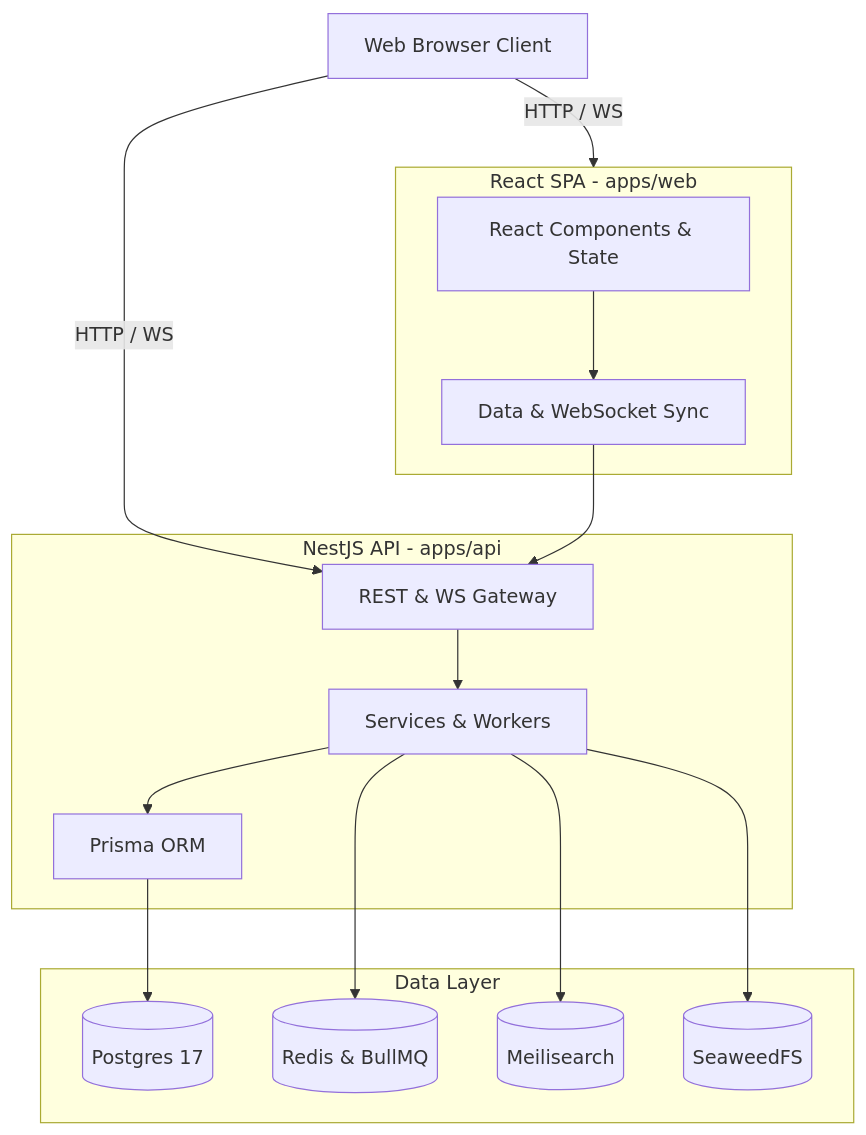
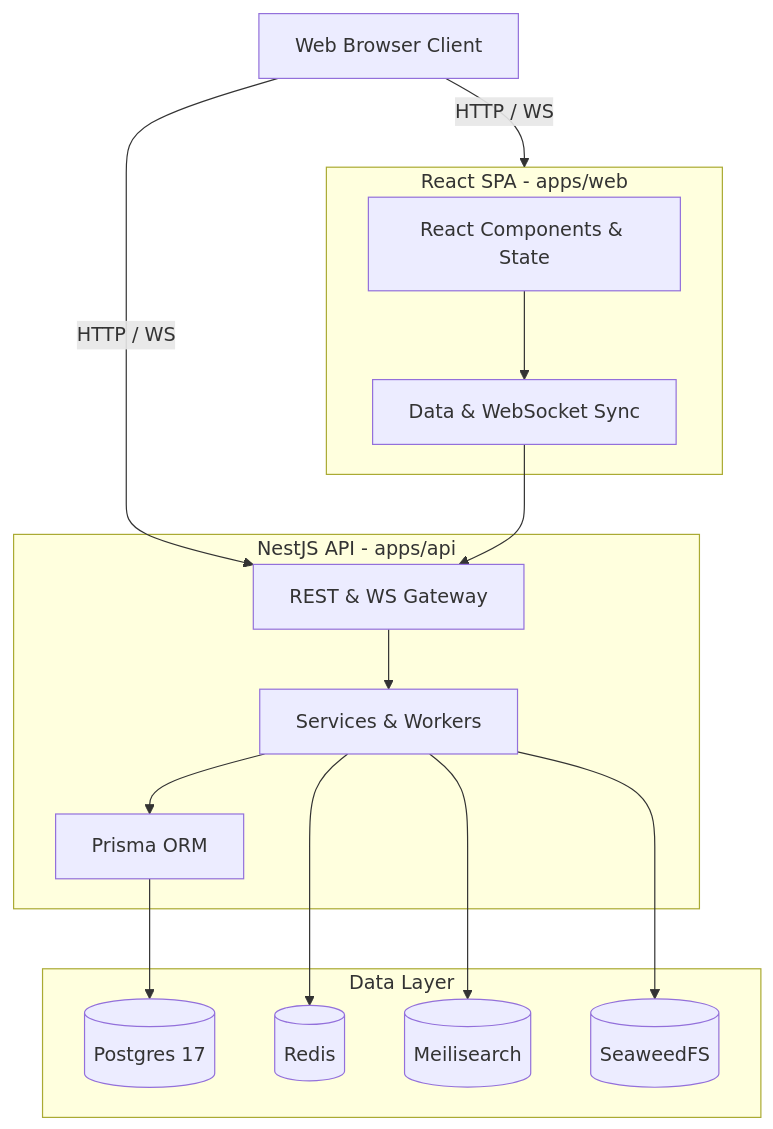
Before and after one commit to zonprox/uims: the diagram in docs/ARCHITECTURE.md, drawn with Mermaid. The commit also changed other lines of this file and 4 other files, not shown here.

Commit message:
docs: synchronize architectural documentation, test metrics, and concerns

````diff
--- a/docs/ARCHITECTURE.md
+++ b/docs/ARCHITECTURE.md
@@ -13,33 +13,33 @@
 ```mermaid
 graph TD
     Client[Web Browser Client]
 
     subgraph Frontend [React SPA - apps/web]
         UI[React Components & State]
         StateSync[Data & WebSocket Sync]
     end
 
     subgraph Backend [NestJS API - apps/api]
         API[REST & WS Gateway]
         Logic[Services & Workers]
         ORM[Prisma ORM]
     end
 
     subgraph Infrastructure [Data Layer]
         DB[(Postgres 17)]
-        Cache[(Redis & BullMQ)]
+        Cache[(Redis)]
         Search[(Meilisearch)]
         Storage[(SeaweedFS)]
     end
 
     Client -->|HTTP / WS| Frontend
     Client -->|HTTP / WS| API
     UI --> StateSync
     StateSync --> API
     API --> Logic
     Logic --> ORM
     Logic --> Cache
     Logic --> Search
     Logic --> Storage
     ORM --> DB
 ```
````
